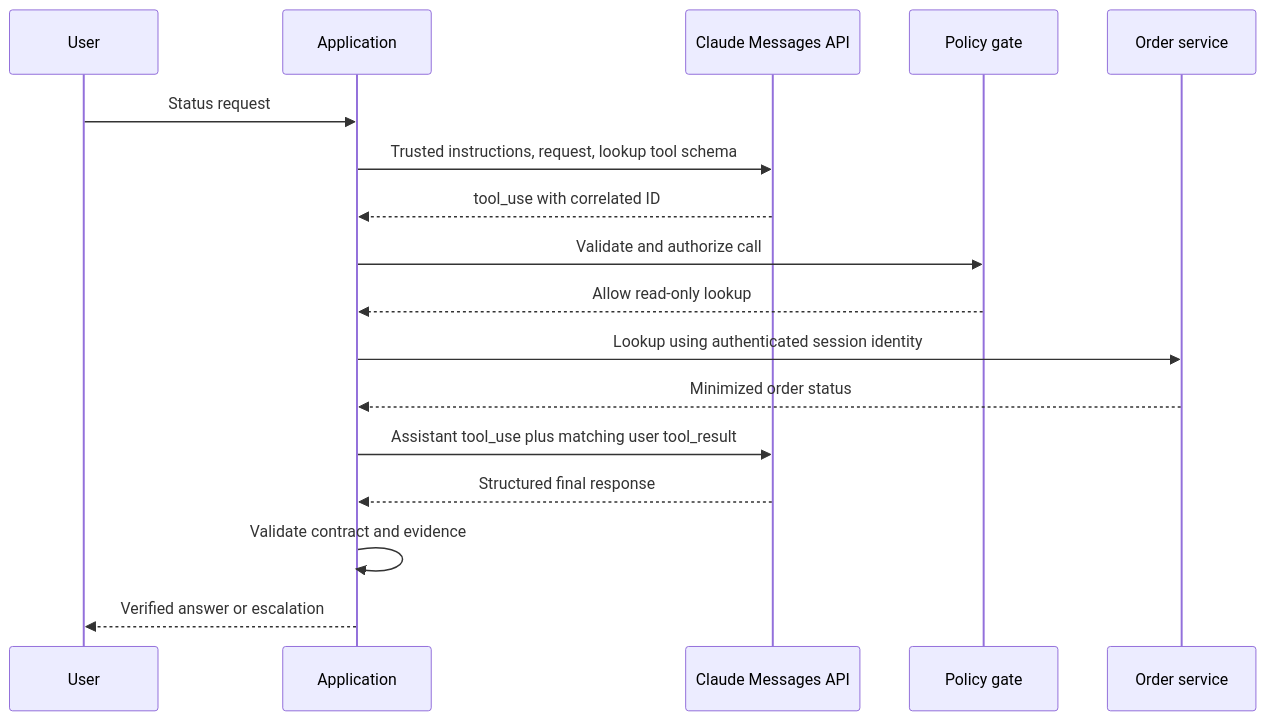
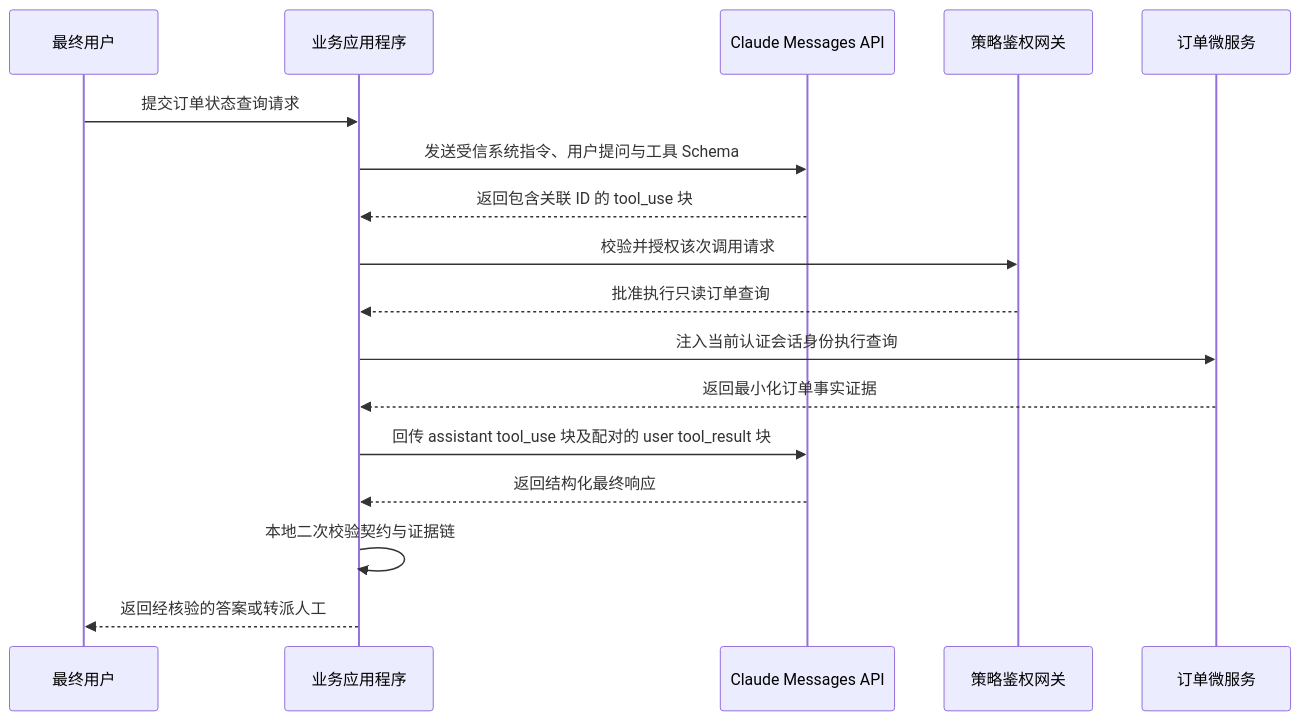
The second of 2 diagrams in certifications/claude/lessons/30-developer-application-capstone/docs/en.md (cluster1900/ai-engineering-from-scratch-zh), drawn with Mermaid before and after one commit. The commit also changed other lines of this file and 187 other files, not shown here.

````diff
--- a/certifications/claude/lessons/30-developer-application-capstone/docs/en.md
+++ b/certifications/claude/lessons/30-developer-application-capstone/docs/en.md
@@ -236,19 +231,19 @@
 ```mermaid
 sequenceDiagram
-    participant U as User
-    participant A as Application
+    participant U as 最终用户
+    participant A as 业务应用程序
     participant C as Claude Messages API
-    participant G as Policy gate
-    participant O as Order service
-    U->>A: Status request
-    A->>C: Trusted instructions, request, lookup tool schema
-    C-->>A: tool_use with correlated ID
-    A->>G: Validate and authorize call
-    G-->>A: Allow read-only lookup
-    A->>O: Lookup using authenticated session identity
-    O-->>A: Minimized order status
-    A->>C: Assistant tool_use plus matching user tool_result
-    C-->>A: Structured final response
-    A->>A: Validate contract and evidence
-    A-->>U: Verified answer or escalation
+    participant G as 策略鉴权网关
+    participant O as 订单微服务
+    U->>A: 提交订单状态查询请求
+    A->>C: 发送受信系统指令、用户提问与工具 Schema
+    C-->>A: 返回包含关联 ID 的 tool_use 块
+    A->>G: 校验并授权该次调用请求
+    G-->>A: 批准执行只读订单查询
+    A->>O: 注入当前认证会话身份执行查询
+    O-->>A: 返回最小化订单事实证据
+    A->>C: 回传 assistant tool_use 块及配对的 user tool_result 块
+    C-->>A: 返回结构化最终响应
+    A->>A: 本地二次校验契约与证据链
+    A-->>U: 返回经核验的答案或转派人工
 ```
````
